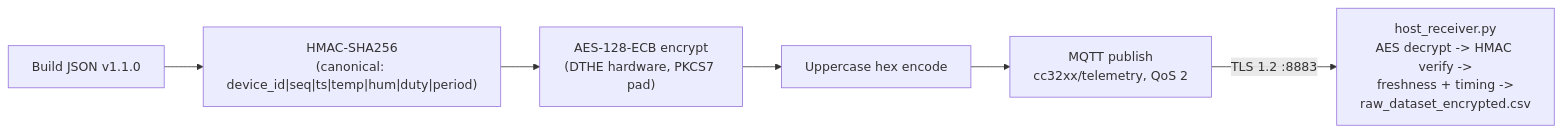
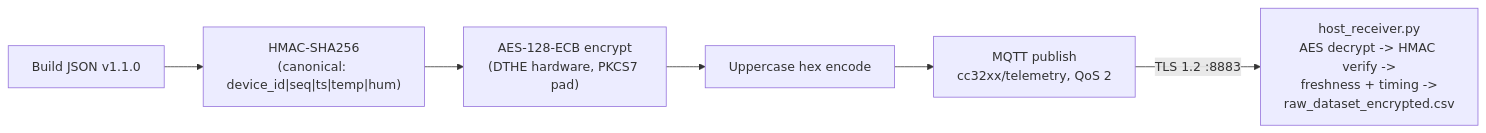
The diagram in Sp2026-CpE2/merged_project/docs/week10_integration.md (salmanihassan/lab-scale-bridge-monitoring), drawn with Mermaid before and after one commit. The commit also changed other lines of this file and 17 other files, not shown here.

````diff
--- a/Sp2026-CpE2/merged_project/docs/week10_integration.md
+++ b/Sp2026-CpE2/merged_project/docs/week10_integration.md
@@ -61,12 +52,12 @@
 ```mermaid
 flowchart LR
   build["Build JSON v1.1.0"]
-  hmac["HMAC-SHA256<br/>(canonical: device_id|seq|ts|temp|hum|duty|period)"]
+  hmac["HMAC-SHA256<br/>(canonical: device_id|seq|ts|temp|hum)"]
   aes["AES-128-ECB encrypt<br/>(DTHE hardware, PKCS7 pad)"]
   hex["Uppercase hex encode"]
   pub["MQTT publish<br/>cc32xx/telemetry, QoS 2"]
   recv["host_receiver.py<br/>AES decrypt -> HMAC verify -><br/>freshness + timing -><br/>raw_dataset_encrypted.csv"]
 
   build --> hmac --> aes --> hex --> pub
   pub -->|"TLS 1.2 :8883"| recv
 ```
````
